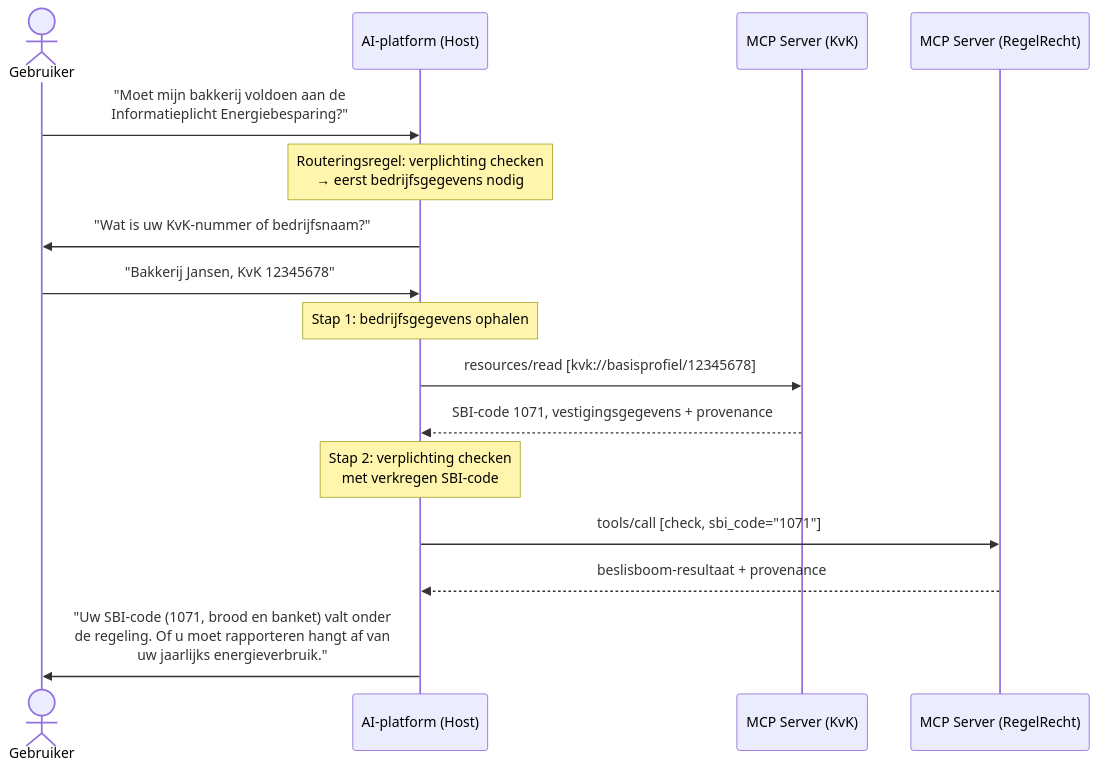
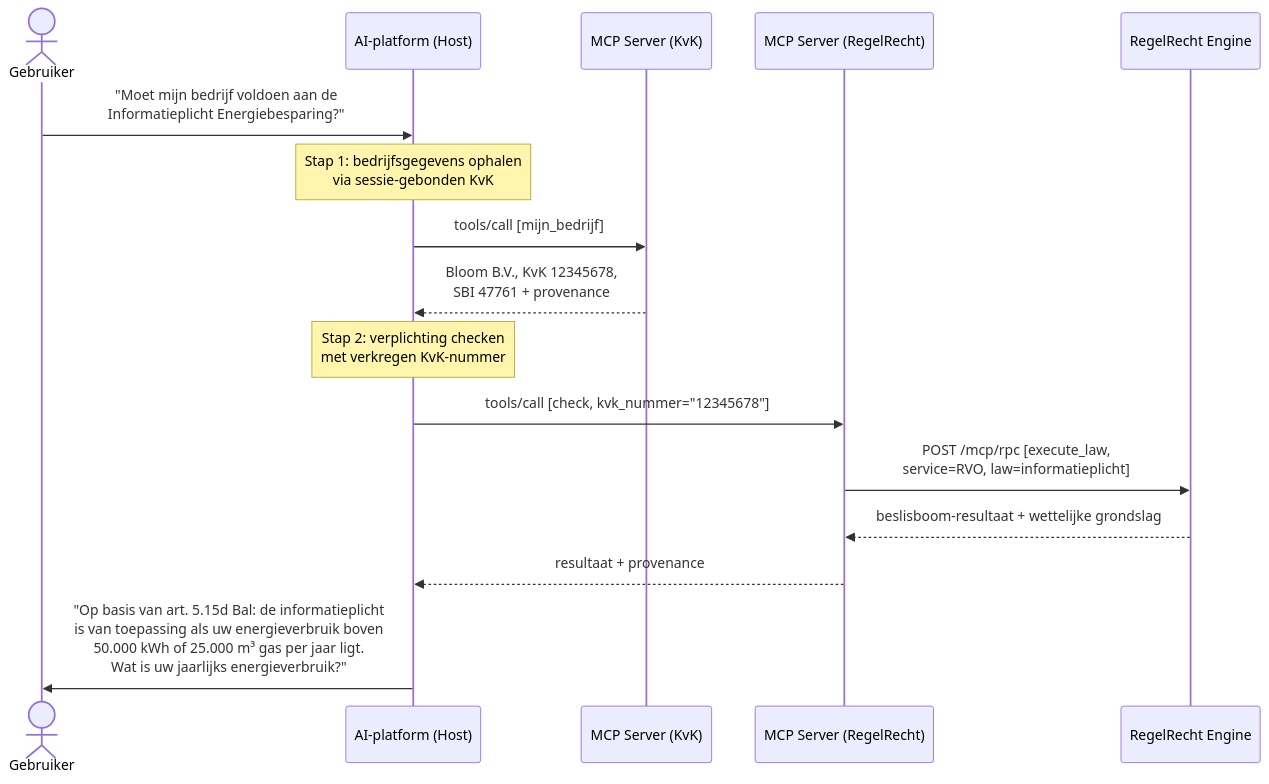
One commit to MinBZK/poc-moza changed the fourth of 5 diagrams in mcp/README.md. Above: the diagram before and after it, drawn with Mermaid. The commit also changed other lines of this file and 5 other files, not shown here.

Commit message:
feat: add regelrecht mcp + test-data instead of KVK-API

````diff
--- a/mcp/README.md
+++ b/mcp/README.md
@@ -156,23 +144,22 @@
 ```mermaid
 sequenceDiagram
     actor Gebruiker
     participant Host as AI-platform (Host)
     participant KvK as MCP Server (KvK)
     participant RR as MCP Server (RegelRecht)
+    participant Engine as RegelRecht Engine
 
-    Gebruiker->>Host: "Moet mijn bakkerij voldoen aan de<br/>Informatieplicht Energiebesparing?"
-    Note over Host: Routeringsregel: verplichting checken<br/>→ eerst bedrijfsgegevens nodig
+    Gebruiker->>Host: "Moet mijn bedrijf voldoen aan de<br/>Informatieplicht Energiebesparing?"
 
-    Host->>Gebruiker: "Wat is uw KvK-nummer of bedrijfsnaam?"
-    Gebruiker->>Host: "Bakkerij Jansen, KvK 12345678"
+    Note over Host: Stap 1: bedrijfsgegevens ophalen<br/>via sessie-gebonden KvK
+    Host->>KvK: tools/call [mijn_bedrijf]
+    KvK-->>Host: Bloom B.V., KvK 12345678,<br/>SBI 47761 + provenance
 
-    Note over Host: Stap 1: bedrijfsgegevens ophalen
-    Host->>KvK: resources/read [kvk://basisprofiel/12345678]
-    KvK-->>Host: SBI-code 1071, vestigingsgegevens + provenance
+    Note over Host: Stap 2: verplichting checken<br/>met verkregen KvK-nummer
+    Host->>RR: tools/call [check, kvk_nummer="12345678"]
+    RR->>Engine: POST /mcp/rpc [execute_law,<br/>service=RVO, law=informatieplicht]
+    Engine-->>RR: beslisboom-resultaat + wettelijke grondslag
+    RR-->>Host: resultaat + provenance
 
-    Note over Host: Stap 2: verplichting checken<br/>met verkregen SBI-code
-    Host->>RR: tools/call [check, sbi_code="1071"]
-    RR-->>Host: beslisboom-resultaat + provenance
-
-    Host->>Gebruiker: "Uw SBI-code (1071, brood en banket) valt onder<br/>de regeling. Of u moet rapporteren hangt af van<br/>uw jaarlijks energieverbruik."
+    Host->>Gebruiker: "Op basis van art. 5.15d Bal: de informatieplicht<br/>is van toepassing als uw energieverbruik boven<br/>50.000 kWh of 25.000 m³ gas per jaar ligt.<br/>Wat is uw jaarlijks energieverbruik?"
 ```
````
